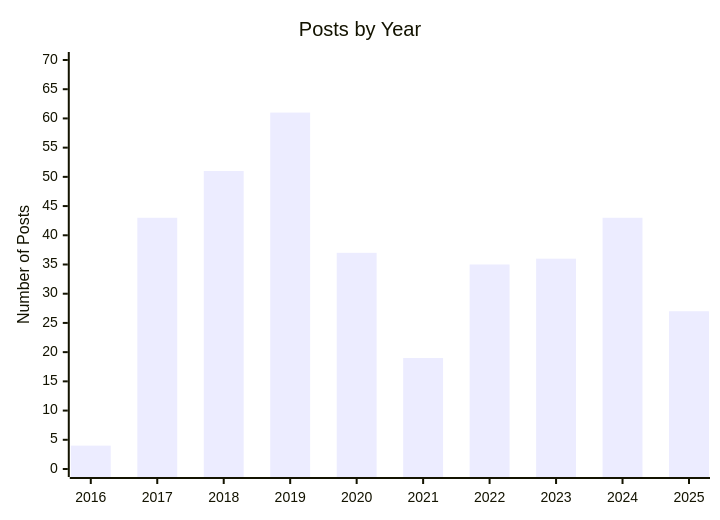
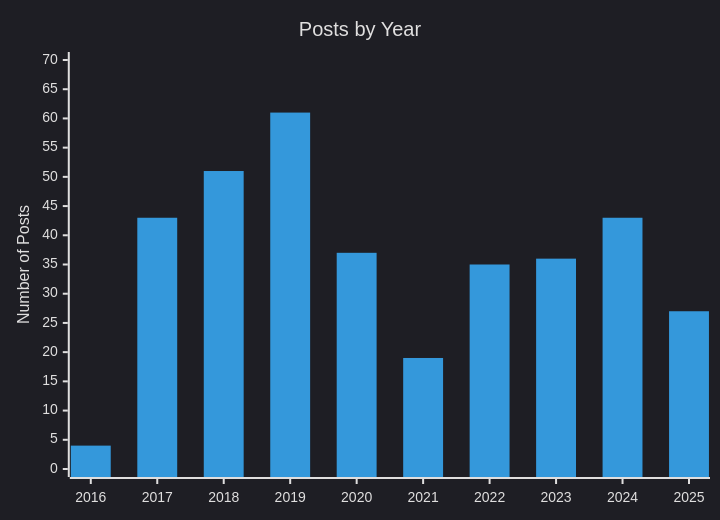
The first of 2 diagrams in _posts/2025-12-14-review-2025.md (franiglesias/franiglesias.github.io), drawn with Mermaid before and after one commit. The commit also changed other lines of this file, not shown here.

Commit message:
2025 review fix chart background

````diff
--- a/_posts/2025-12-14-review-2025.md
+++ b/_posts/2025-12-14-review-2025.md
@@ -38,7 +38,13 @@
 ```mermaid
+---
+config:
+  theme: 'dark'
+  themeVariables:
+    background: 'transparent'
+---
 xychart-beta
     title "Posts by Year"
     x-axis ["2016", "2017", "2018", "2019", "2020", "2021", "2022", "2023", "2024", "2025"]
     y-axis "Number of Posts" 0 --> 70
     bar [4, 43, 51, 61, 37, 19, 35, 36, 43, 27]
 ```
````
